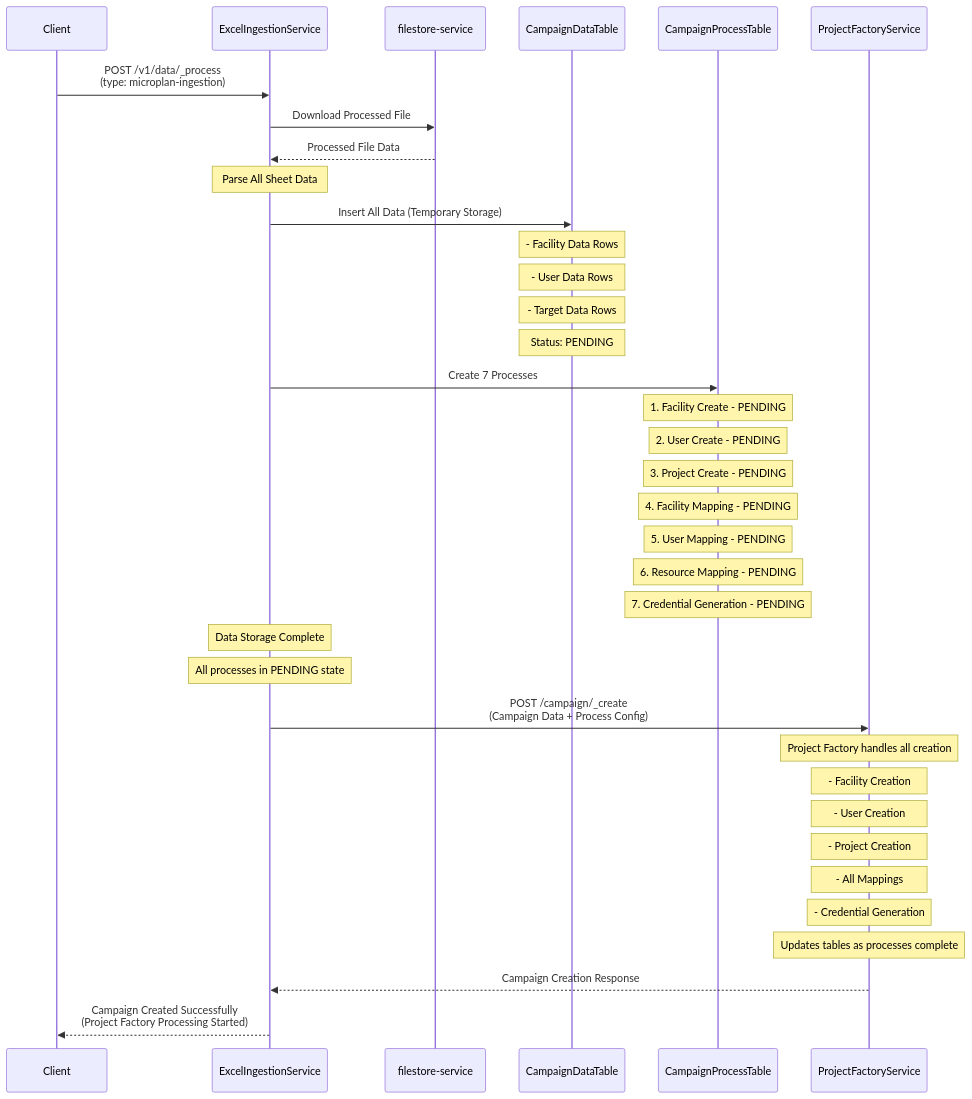
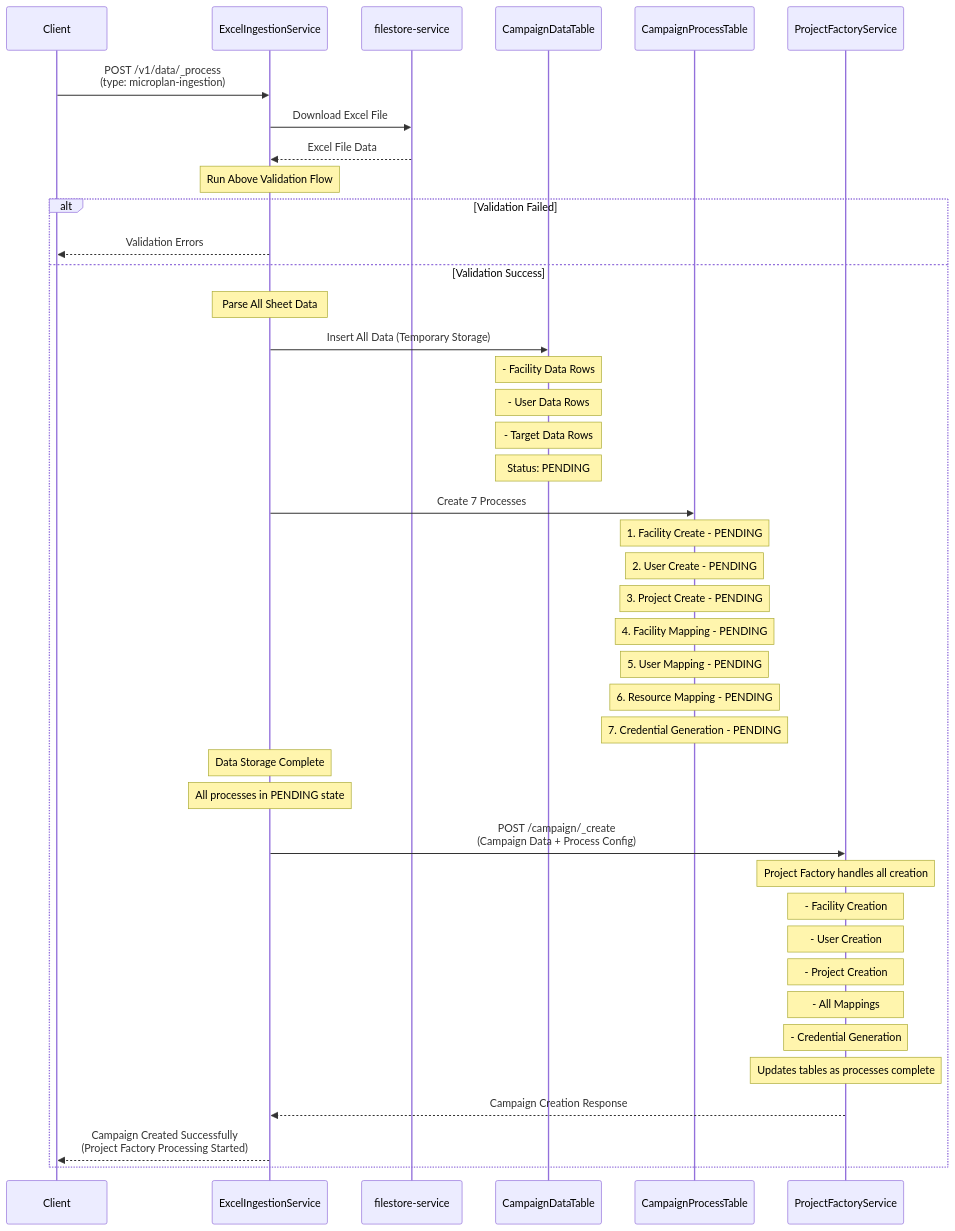
One commit to ashish-egov/campaign-whole-sheet-ingestion changed the third of 3 diagrams in DESIGN.md. Above: the diagram before and after it, drawn with Mermaid.

````diff
--- a/DESIGN.md
+++ b/DESIGN.md
@@ -72,48 +72,55 @@
 ```mermaid
 sequenceDiagram
     participant Client
     participant ExcelIngestionService
     participant filestore-service
     participant CampaignDataTable
     participant CampaignProcessTable
     participant ProjectFactoryService
     
     Client->>ExcelIngestionService: POST /v1/data/_process<br/>(type: microplan-ingestion)
     
-    ExcelIngestionService->>filestore-service: Download Processed File
-    filestore-service-->>ExcelIngestionService: Processed File Data
+    ExcelIngestionService->>filestore-service: Download Excel File
+    filestore-service-->>ExcelIngestionService: Excel File Data
     
-    Note over ExcelIngestionService: Parse All Sheet Data
+    Note over ExcelIngestionService: Run Above Validation Flow
     
-    ExcelIngestionService->>CampaignDataTable: Insert All Data (Temporary Storage)
-    Note over CampaignDataTable: - Facility Data Rows
-    Note over CampaignDataTable: - User Data Rows  
-    Note over CampaignDataTable: - Target Data Rows
-    Note over CampaignDataTable: Status: PENDING
+    alt Validation Failed
+        ExcelIngestionService-->>Client: Validation Errors
+    else Validation Success
     
-    ExcelIngestionService->>CampaignProcessTable: Create 7 Processes
-    Note over CampaignProcessTable: 1. Facility Create - PENDING
-    Note over CampaignProcessTable: 2. User Create - PENDING
-    Note over CampaignProcessTable: 3. Project Create - PENDING
-    Note over CampaignProcessTable: 4. Facility Mapping - PENDING
-    Note over CampaignProcessTable: 5. User Mapping - PENDING
-    Note over CampaignProcessTable: 6. Resource Mapping - PENDING
-    Note over CampaignProcessTable: 7. Credential Generation - PENDING
-    
-    Note over ExcelIngestionService: Data Storage Complete
-    Note over ExcelIngestionService: All processes in PENDING state
-    
-    ExcelIngestionService->>ProjectFactoryService: POST /campaign/_create<br/>(Campaign Data + Process Config)
-    
-    Note over ProjectFactoryService: Project Factory handles all creation
-    Note over ProjectFactoryService: - Facility Creation
-    Note over ProjectFactoryService: - User Creation  
-    Note over ProjectFactoryService: - Project Creation
-    Note over ProjectFactoryService: - All Mappings
-    Note over ProjectFactoryService: - Credential Generation
-    Note over ProjectFactoryService: Updates tables as processes complete
-    
-    ProjectFactoryService-->>ExcelIngestionService: Campaign Creation Response
-    
-    ExcelIngestionService-->>Client: Campaign Created Successfully<br/>(Project Factory Processing Started)
+        Note over ExcelIngestionService: Parse All Sheet Data
+        
+        ExcelIngestionService->>CampaignDataTable: Insert All Data (Temporary Storage)
+        Note over CampaignDataTable: - Facility Data Rows
+        Note over CampaignDataTable: - User Data Rows  
+        Note over CampaignDataTable: - Target Data Rows
+        Note over CampaignDataTable: Status: PENDING
+        
+        ExcelIngestionService->>CampaignProcessTable: Create 7 Processes
+        Note over CampaignProcessTable: 1. Facility Create - PENDING
+        Note over CampaignProcessTable: 2. User Create - PENDING
+        Note over CampaignProcessTable: 3. Project Create - PENDING
+        Note over CampaignProcessTable: 4. Facility Mapping - PENDING
+        Note over CampaignProcessTable: 5. User Mapping - PENDING
+        Note over CampaignProcessTable: 6. Resource Mapping - PENDING
+        Note over CampaignProcessTable: 7. Credential Generation - PENDING
+        
+        Note over ExcelIngestionService: Data Storage Complete
+        Note over ExcelIngestionService: All processes in PENDING state
+        
+        ExcelIngestionService->>ProjectFactoryService: POST /campaign/_create<br/>(Campaign Data + Process Config)
+        
+        Note over ProjectFactoryService: Project Factory handles all creation
+        Note over ProjectFactoryService: - Facility Creation
+        Note over ProjectFactoryService: - User Creation  
+        Note over ProjectFactoryService: - Project Creation
+        Note over ProjectFactoryService: - All Mappings
+        Note over ProjectFactoryService: - Credential Generation
+        Note over ProjectFactoryService: Updates tables as processes complete
+        
+        ProjectFactoryService-->>ExcelIngestionService: Campaign Creation Response
+        
+        ExcelIngestionService-->>Client: Campaign Created Successfully<br/>(Project Factory Processing Started)
+    end
 ```
````
